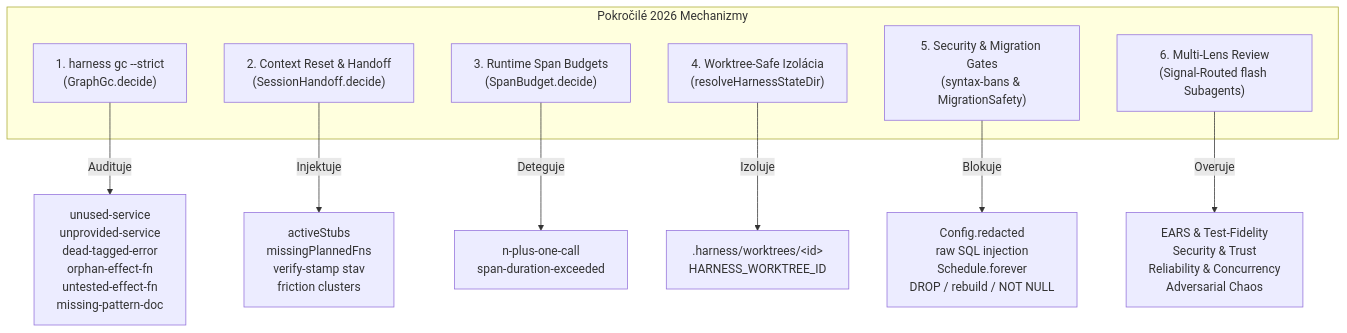
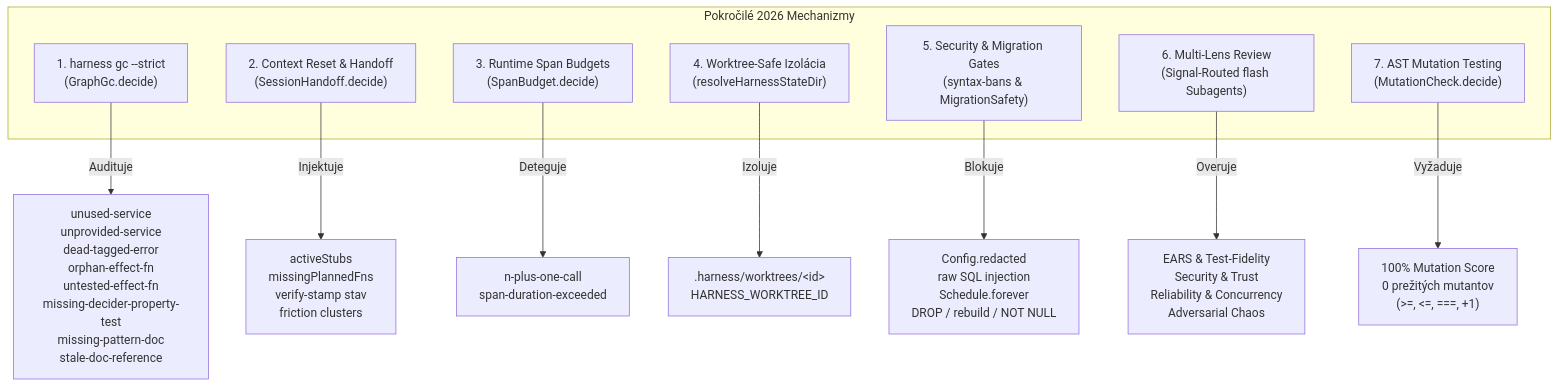
The fifth of 5 diagrams in docs/architecture-and-workflow.md (selmeci/effect-es), drawn with Mermaid before and after one commit. The commit also changed other lines of this file and 18 other files, not shown here.

Commit message:
feat(harness): add Property-Based Testing gate (missing-decider-property-test) and targeted AST mutation testing (harness mutate)

````diff
--- a/docs/architecture-and-workflow.md
+++ b/docs/architecture-and-workflow.md
@@ -663,18 +664,20 @@
 ```mermaid
 graph TD
     subgraph "Pokročilé 2026 Mechanizmy"
         GC["1. harness gc --strict<br/>(GraphGc.decide)"]
         HANDOFF["2. Context Reset & Handoff<br/>(SessionHandoff.decide)"]
         BUDGET["3. Runtime Span Budgets<br/>(SpanBudget.decide)"]
         WORKTREE["4. Worktree-Safe Izolácia<br/>(resolveHarnessStateDir)"]
         GATES["5. Security & Migration Gates<br/>(syntax-bans & MigrationSafety)"]
         LENSES["6. Multi-Lens Review<br/>(Signal-Routed flash Subagents)"]
+        MUTATE["7. AST Mutation Testing<br/>(MutationCheck.decide)"]
     end
 
-    GC -->|Audituje| G_ENTROPY["unused-service<br/>unprovided-service<br/>dead-tagged-error<br/>orphan-effect-fn<br/>untested-effect-fn<br/>missing-pattern-doc"]
+    GC -->|Audituje| G_ENTROPY["unused-service<br/>unprovided-service<br/>dead-tagged-error<br/>orphan-effect-fn<br/>untested-effect-fn<br/>missing-decider-property-test<br/>missing-pattern-doc<br/>stale-doc-reference"]
     HANDOFF -->|Injektuje| HO_DATA["activeStubs<br/>missingPlannedFns<br/>verify-stamp stav<br/>friction clusters"]
     BUDGET -->|Deteguje| B_VIOLATION["n-plus-one-call<br/>span-duration-exceeded"]
     WORKTREE -->|Izoluje| WT_DIR[".harness/worktrees/&lt;id&gt;<br/>HARNESS_WORKTREE_ID"]
     GATES -->|Blokuje| G_SAFETY["Config.redacted<br/>raw SQL injection<br/>Schedule.forever<br/>DROP / rebuild / NOT NULL"]
     LENSES -->|Overuje| L_SPECIALISTS["EARS & Test-Fidelity<br/>Security & Trust<br/>Reliability & Concurrency<br/>Adversarial Chaos"]
+    MUTATE -->|Vyžaduje| M_SCORE["100% Mutation Score<br/>0 prežitých mutantov<br/>(>=, <=, ===, +1)"]
 ```
````
